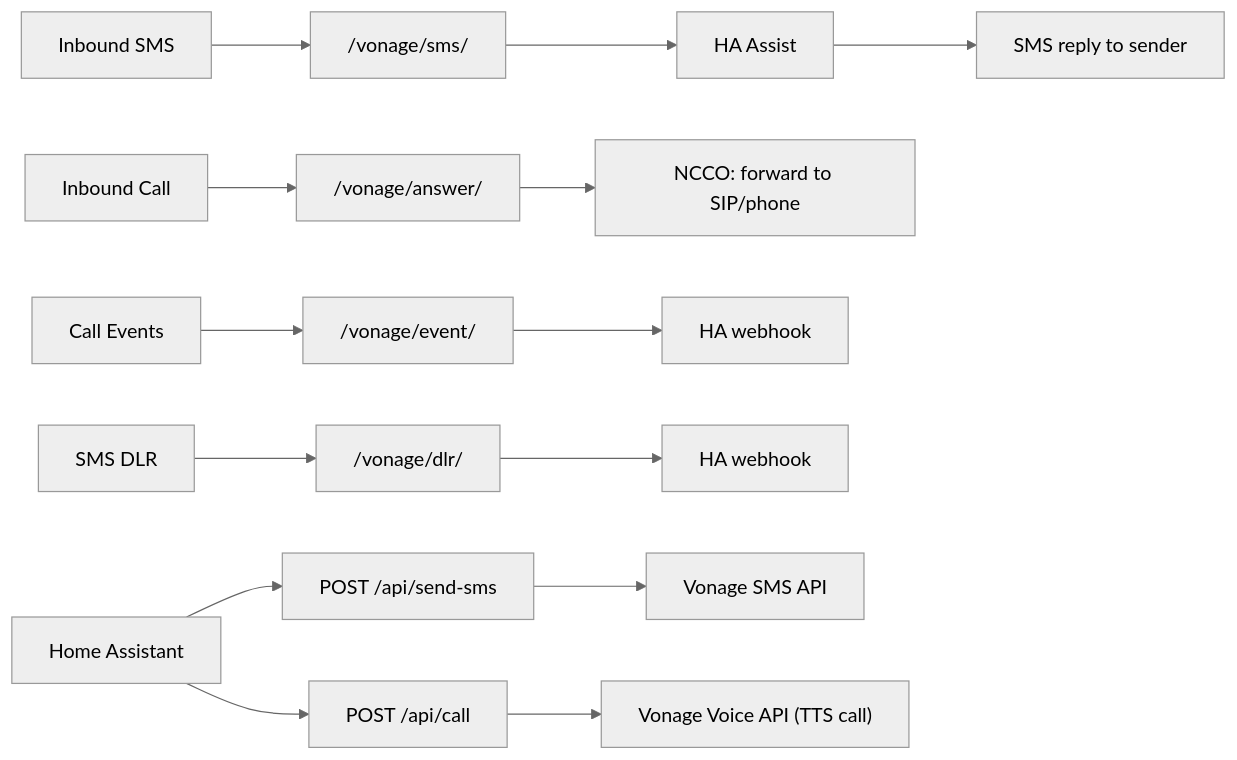
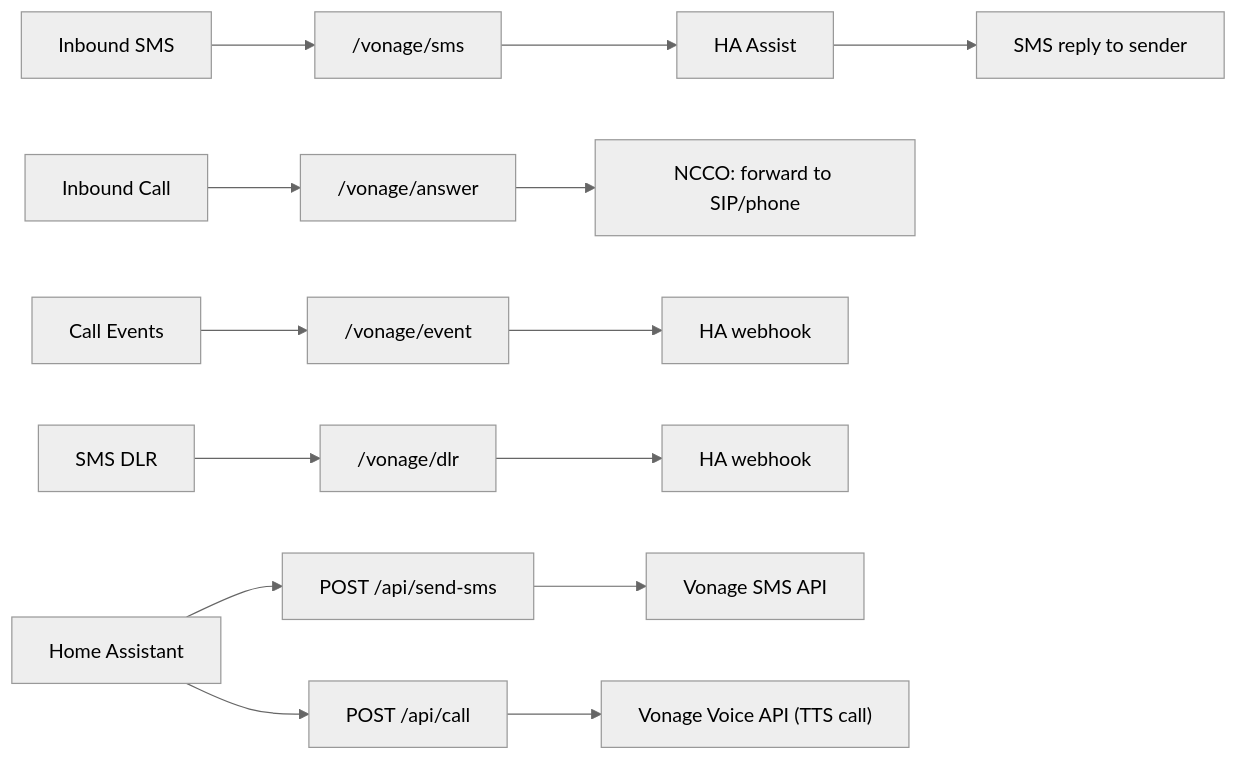
The diagram in README.md (ebertek/vonage-ha-bridge), drawn with Mermaid (neutral theme) before and after one commit. The commit also changed other lines of this file, not shown here.

````diff
--- a/README.md
+++ b/README.md
@@ -30,21 +30,21 @@
 ```mermaid
 flowchart LR
-    SMS["Inbound SMS"] --> SMS_EP["/vonage/sms/"]
+    SMS["Inbound SMS"] --> SMS_EP["/vonage/sms"]
     SMS_EP --> HA["HA Assist"]
     HA --> SMS_REPLY["SMS reply to sender"]
 
-    CALL["Inbound Call"] --> ANSWER_EP["/vonage/answer/"]
+    CALL["Inbound Call"] --> ANSWER_EP["/vonage/answer"]
     ANSWER_EP --> NCCO["NCCO: forward to SIP/phone"]
 
-    EVENTS["Call Events"] --> EVENT_EP["/vonage/event/"]
+    EVENTS["Call Events"] --> EVENT_EP["/vonage/event"]
     EVENT_EP --> HA_WEBHOOK1["HA webhook"]
 
-    DLR["SMS DLR"] --> DLR_EP["/vonage/dlr/"]
+    DLR["SMS DLR"] --> DLR_EP["/vonage/dlr"]
     DLR_EP --> HA_WEBHOOK2["HA webhook"]
 
     HA_OUT["Home Assistant"] --> SEND_SMS["POST /api/send-sms"]
     SEND_SMS --> VONAGE_SMS["Vonage SMS API"]
 
     HA_OUT --> CALL_API["POST /api/call"]
     CALL_API --> VONAGE_VOICE["Vonage Voice API (TTS call)"]
 ```
````
